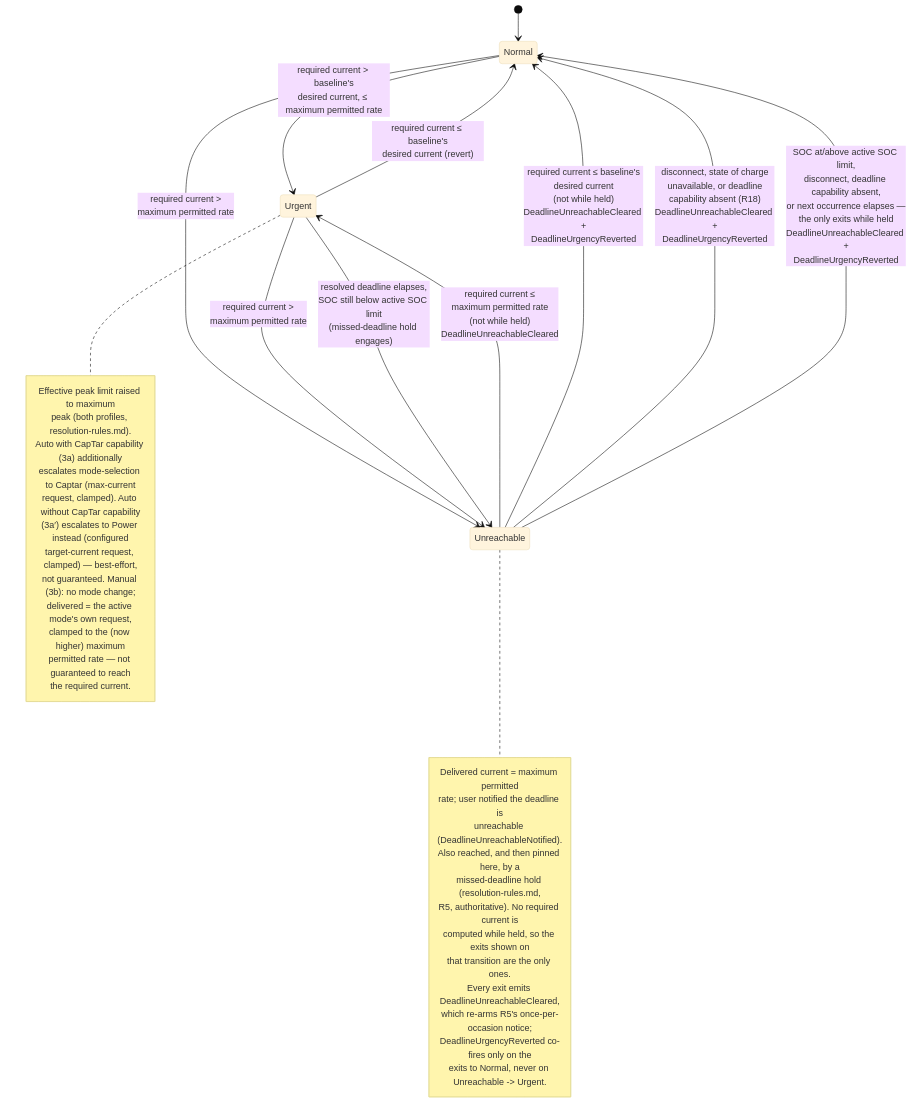
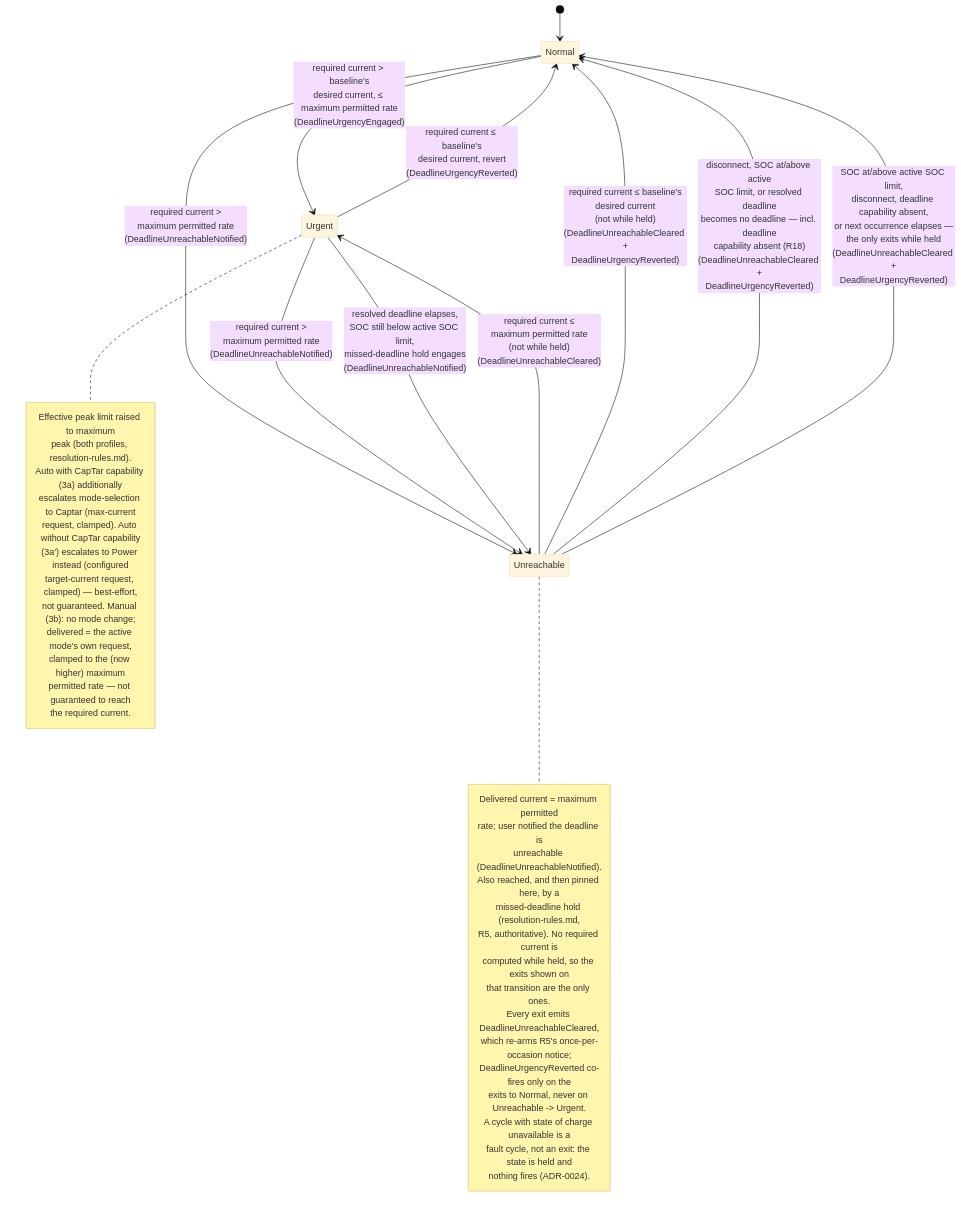
One commit to kristofdegrave/homeassistant-smart-charging changed the diagram in docs/analysis/use-cases/UC05-guarantee-ready-by-departure.md. Above: the diagram before and after it, drawn with Mermaid (base theme). The commit also changed other lines of this file and 2 other files, not shown here.

First line of the commit message:
docs: address analysis-reviewer findings on DeadlineUnreachableCleared docs

````diff
--- a/docs/analysis/use-cases/UC05-guarantee-ready-by-departure.md
+++ b/docs/analysis/use-cases/UC05-guarantee-ready-by-departure.md
@@ -102,41 +104,44 @@
 ```mermaid
 stateDiagram-v2
     [*] --> Normal
-    Normal --> Urgent: required current > baseline's<br/>desired current, ≤ maximum permitted rate
-    Normal --> Unreachable: required current ><br/>maximum permitted rate
-    Urgent --> Normal: required current ≤ baseline's<br/>desired current (revert)
-    Urgent --> Unreachable: required current ><br/>maximum permitted rate
-    Urgent --> Unreachable: resolved deadline elapses,<br/>SOC still below active SOC limit<br/>(missed-deadline hold engages)
-    Unreachable --> Urgent: required current ≤<br/>maximum permitted rate<br/>(not while held)<br/>DeadlineUnreachableCleared
-    Unreachable --> Normal: required current ≤ baseline's<br/>desired current<br/>(not while held)<br/>DeadlineUnreachableCleared +<br/>DeadlineUrgencyReverted
-    Unreachable --> Normal: disconnect, state of charge<br/>unavailable, or deadline<br/>capability absent (R18)<br/>DeadlineUnreachableCleared +<br/>DeadlineUrgencyReverted
-    Unreachable --> Normal: SOC at/above active SOC limit,<br/>disconnect, deadline capability absent,<br/>or next occurrence elapses —<br/>the only exits while held<br/>DeadlineUnreachableCleared +<br/>DeadlineUrgencyReverted
+    Normal --> Urgent: required current > baseline's<br/>desired current, ≤ maximum permitted rate<br/>(DeadlineUrgencyEngaged)
+    Normal --> Unreachable: required current ><br/>maximum permitted rate<br/>(DeadlineUnreachableNotified)
+    Urgent --> Normal: required current ≤ baseline's<br/>desired current, revert<br/>(DeadlineUrgencyReverted)
+    Urgent --> Unreachable: required current ><br/>maximum permitted rate<br/>(DeadlineUnreachableNotified)
+    Urgent --> Unreachable: resolved deadline elapses,<br/>SOC still below active SOC limit,<br/>missed-deadline hold engages<br/>(DeadlineUnreachableNotified)
+    Unreachable --> Urgent: required current ≤<br/>maximum permitted rate<br/>(not while held)<br/>(DeadlineUnreachableCleared)
+    Unreachable --> Normal: required current ≤ baseline's<br/>desired current<br/>(not while held)<br/>(DeadlineUnreachableCleared +<br/>DeadlineUrgencyReverted)
+    Unreachable --> Normal: disconnect, SOC at/above active<br/>SOC limit, or resolved deadline<br/>becomes no deadline — incl. deadline<br/>capability absent (R18)<br/>(DeadlineUnreachableCleared +<br/>DeadlineUrgencyReverted)
+    Unreachable --> Normal: SOC at/above active SOC limit,<br/>disconnect, deadline capability absent,<br/>or next occurrence elapses —<br/>the only exits while held<br/>(DeadlineUnreachableCleared +<br/>DeadlineUrgencyReverted)
     note right of Urgent
         Effective peak limit raised to maximum
         peak (both profiles, resolution-rules.md).
         Auto with CapTar capability (3a) additionally
         escalates mode-selection to Captar (max-current
         request, clamped). Auto without CapTar capability
         (3a′) escalates to Power instead (configured
         target-current request, clamped) — best-effort,
         not guaranteed. Manual (3b): no mode change;
         delivered = the active mode's own request,
         clamped to the (now higher) maximum
         permitted rate — not guaranteed to reach
         the required current.
     end note
     note right of Unreachable
         Delivered current = maximum permitted
         rate; user notified the deadline is
         unreachable (DeadlineUnreachableNotified).
         Also reached, and then pinned here, by a
         missed-deadline hold (resolution-rules.md,
         R5, authoritative). No required current is
         computed while held, so the exits shown on
         that transition are the only ones.
         Every exit emits DeadlineUnreachableCleared,
         which re-arms R5's once-per-occasion notice;
         DeadlineUrgencyReverted co-fires only on the
         exits to Normal, never on Unreachable -> Urgent.
+        A cycle with state of charge unavailable is a
+        fault cycle, not an exit: the state is held and
+        nothing fires (ADR-0024).
     end note
 ```
````
